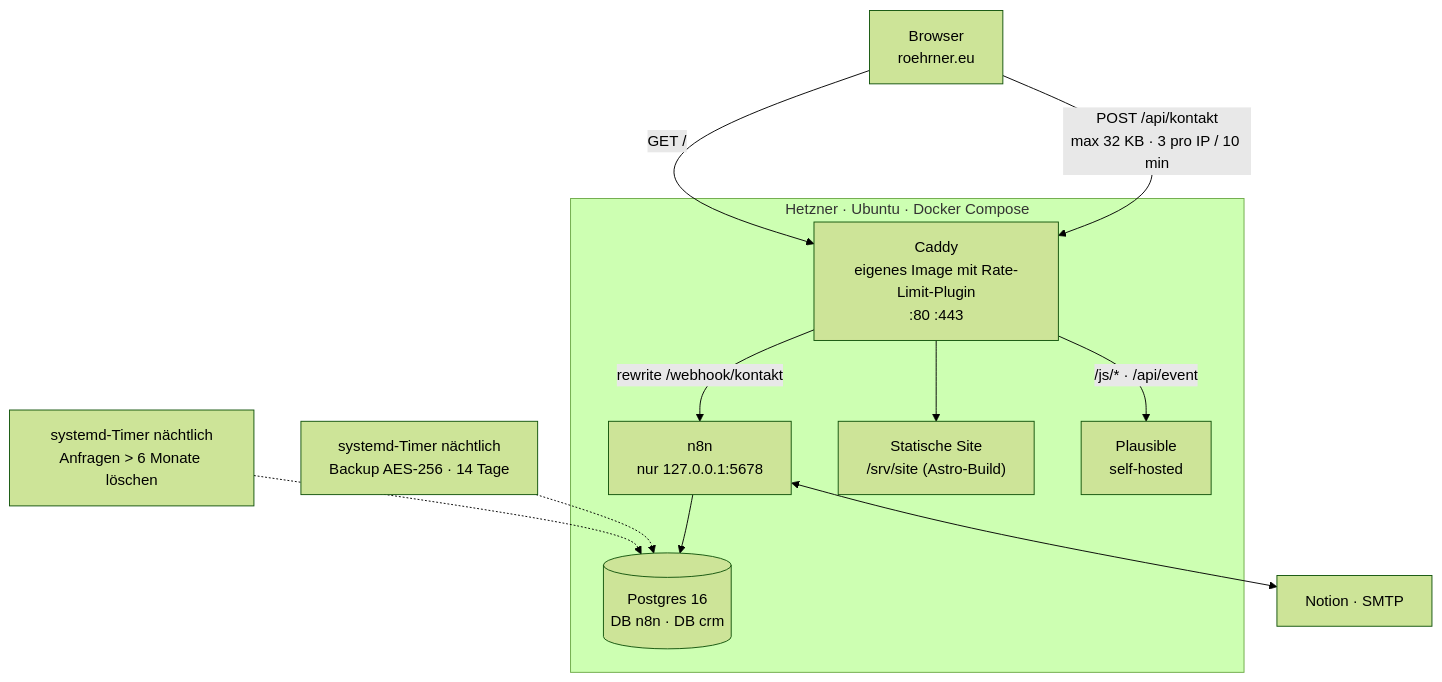
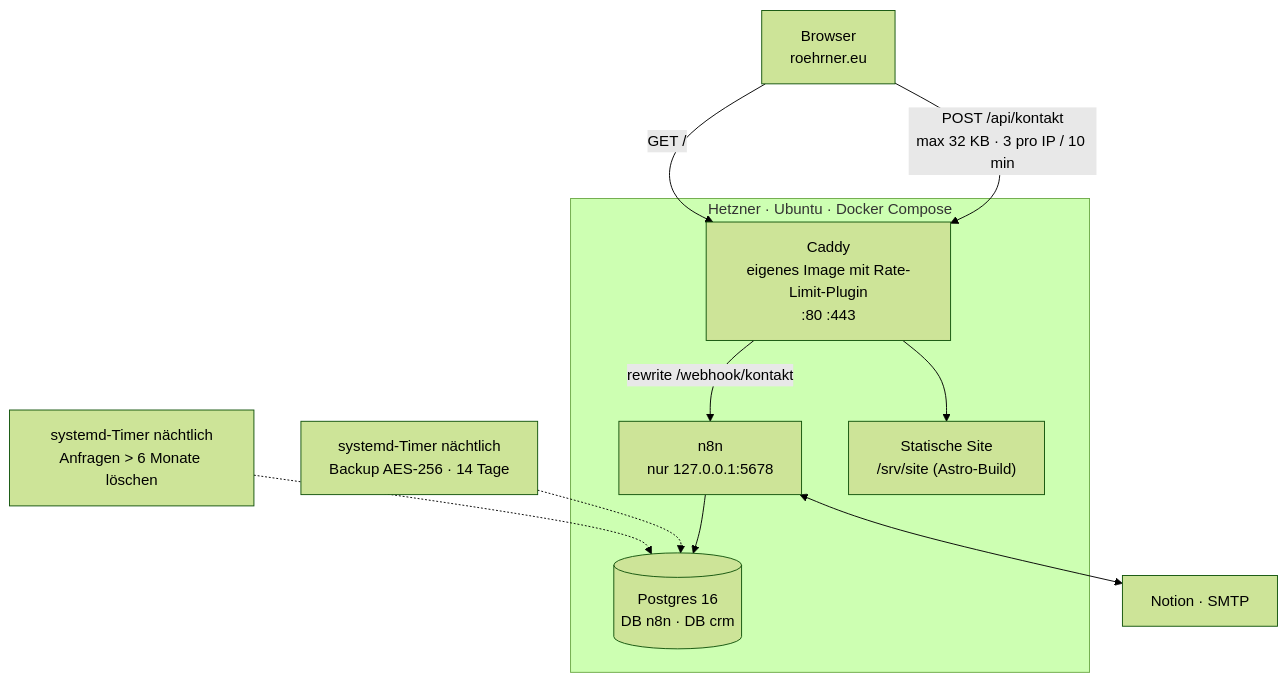
The diagram in docs/architektur.md (eliasr58/n8n-production), drawn with Mermaid (forest theme) before and after one commit. The commit also changed other lines of this file and 4 other files, not shown here.

````diff
--- a/docs/architektur.md
+++ b/docs/architektur.md
@@ -7,25 +7,23 @@
 ```mermaid
 flowchart TB
     B["Browser<br/>roehrner.eu"]
 
     subgraph Server["Hetzner · Ubuntu · Docker Compose"]
         C["Caddy<br/>eigenes Image mit Rate-Limit-Plugin<br/>:80 :443"]
         N["n8n<br/>nur 127.0.0.1:5678"]
         P[("Postgres 16<br/>DB n8n · DB crm")]
         S["Statische Site<br/>/srv/site (Astro-Build)"]
-        PL["Plausible<br/>self-hosted"]
     end
 
     EXT["Notion · SMTP"]
 
     B -- "POST /api/kontakt<br/>max 32 KB · 3 pro IP / 10 min" --> C
     B -- "GET /" --> C
     C --> S
     C -- "rewrite /webhook/kontakt" --> N
-    C -- "/js/* · /api/event" --> PL
     N --> P
     N <--> EXT
 
     T1["systemd-Timer nächtlich<br/>Backup AES-256 · 14 Tage"] -.-> P
     T2["systemd-Timer nächtlich<br/>Anfragen > 6 Monate löschen"] -.-> P
 ```
````
